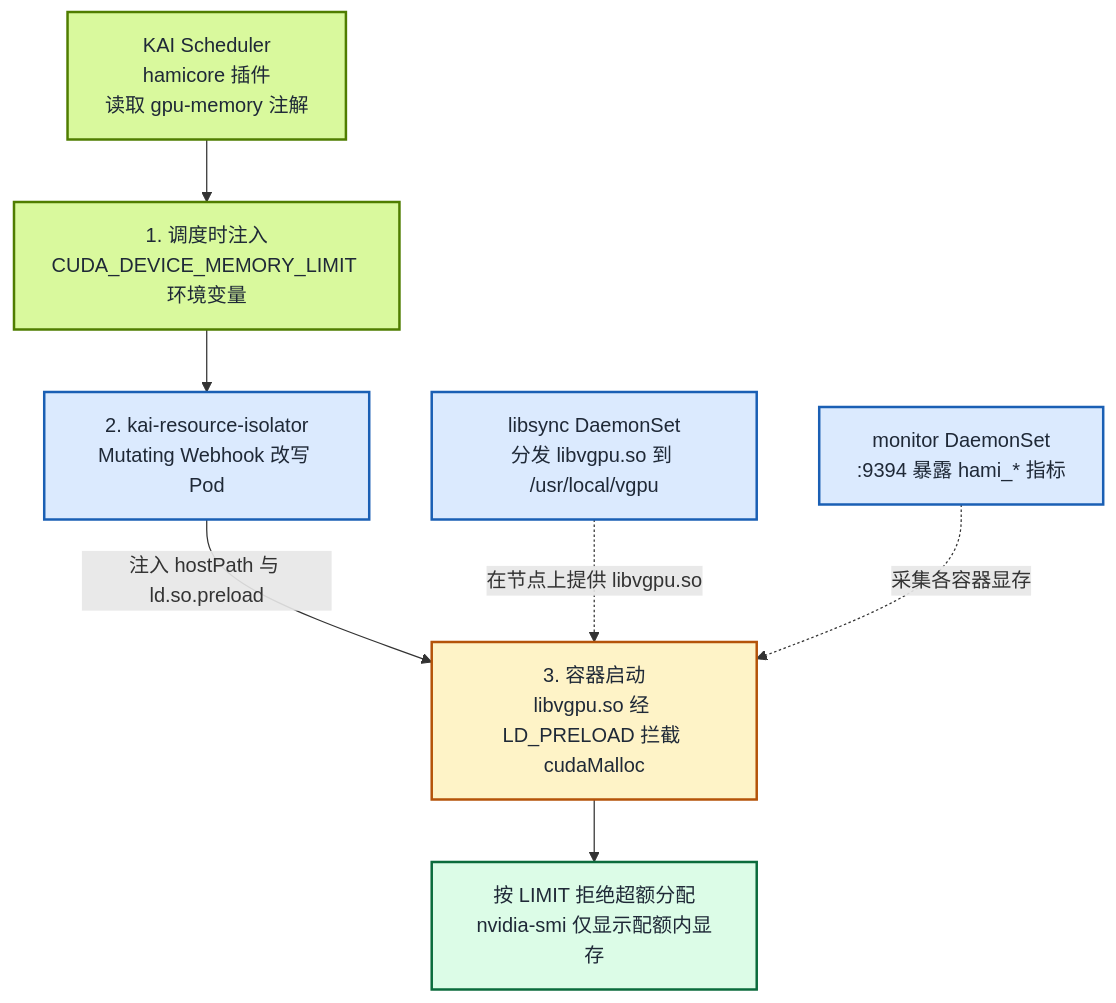
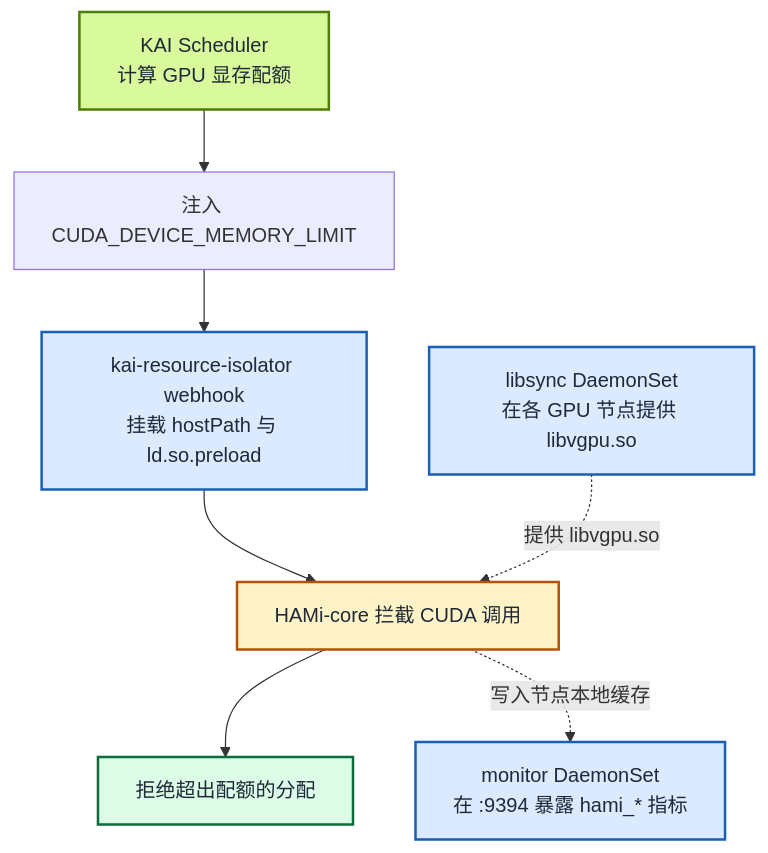
Before and after one commit to Project-HAMi/website: the diagram in i18n/zh/docusaurus-plugin-content-blog/kai-scheduler-hami-gpu-memory-hard-isolation/index.md, drawn with Mermaid. The commit also changed other lines of this file and 3 other files, not shown here.

First line of the commit message:
docs(tutorials): update kai-scheduler-hami-gke documentation with verified outputs and notes

````diff
--- a/i18n/zh/docusaurus-plugin-content-blog/kai-scheduler-hami-gpu-memory-hard-isolation/index.md
+++ b/i18n/zh/docusaurus-plugin-content-blog/kai-scheduler-hami-gpu-memory-hard-isolation/index.md
@@ -97,24 +29,22 @@
 ```mermaid
-%% title: KAI Scheduler 与 kai-resource-isolator 的三步协作
+%% title: KAI Scheduler 与 HAMi-core 的隔离链路
 graph TD
-    KAI["KAI Scheduler<br/>hamicore 插件<br/>读取 gpu-memory 注解"]
-    ENV["1. 调度时注入<br/>CUDA_DEVICE_MEMORY_LIMIT 环境变量"]
-    ISO["2. kai-resource-isolator<br/>Mutating Webhook 改写 Pod"]
-    LIB["libsync DaemonSet<br/>分发 libvgpu.so 到 /usr/local/vgpu"]
-    MON["monitor DaemonSet<br/>:9394 暴露 hami_* 指标"]
-    RUN["3. 容器启动<br/>libvgpu.so 经 LD_PRELOAD 拦截 cudaMalloc"]
-    ENF["按 LIMIT 拒绝超额分配<br/>nvidia-smi 仅显示配额内显存"]
+    KAI["KAI Scheduler<br/>计算 GPU 显存配额"]
+    ENV["注入 CUDA_DEVICE_MEMORY_LIMIT"]
+    WEBHOOK["kai-resource-isolator webhook<br/>挂载 hostPath 与 ld.so.preload"]
+    LIB["libsync DaemonSet<br/>在各 GPU 节点提供 libvgpu.so"]
+    RUN["HAMi-core 拦截 CUDA 调用"]
+    ENF["拒绝超出配额的分配"]
+    MON["monitor DaemonSet<br/>在 :9394 暴露 hami_* 指标"]
 
-    KAI --> ENV --> ISO
-    ISO -->|"注入 hostPath 与 ld.so.preload"| RUN --> ENF
-    LIB -. "在节点上提供 libvgpu.so" .-> RUN
-    MON -. "采集各容器显存" .-> RUN
+    KAI --> ENV --> WEBHOOK --> RUN --> ENF
+    LIB -. "提供 libvgpu.so" .-> RUN
+    RUN -. "写入节点本地缓存" .-> MON
 
     style KAI fill:#d9f99d,stroke:#4f7d00,stroke-width:2px,color:#1f2937
-    style ENV fill:#d9f99d,stroke:#4f7d00,stroke-width:2px,color:#1f2937
-    style ISO fill:#dbeafe,stroke:#1a5fb4,stroke-width:2px,color:#1f2937
+    style WEBHOOK fill:#dbeafe,stroke:#1a5fb4,stroke-width:2px,color:#1f2937
     style LIB fill:#dbeafe,stroke:#1a5fb4,stroke-width:2px,color:#1f2937
-    style MON fill:#dbeafe,stroke:#1a5fb4,stroke-width:2px,color:#1f2937
     style RUN fill:#fef3c7,stroke:#b45309,stroke-width:2px,color:#1f2937
     style ENF fill:#dcfce7,stroke:#0b6b3c,stroke-width:2px,color:#1f2937
+    style MON fill:#dbeafe,stroke:#1a5fb4,stroke-width:2px,color:#1f2937
 ```
````
